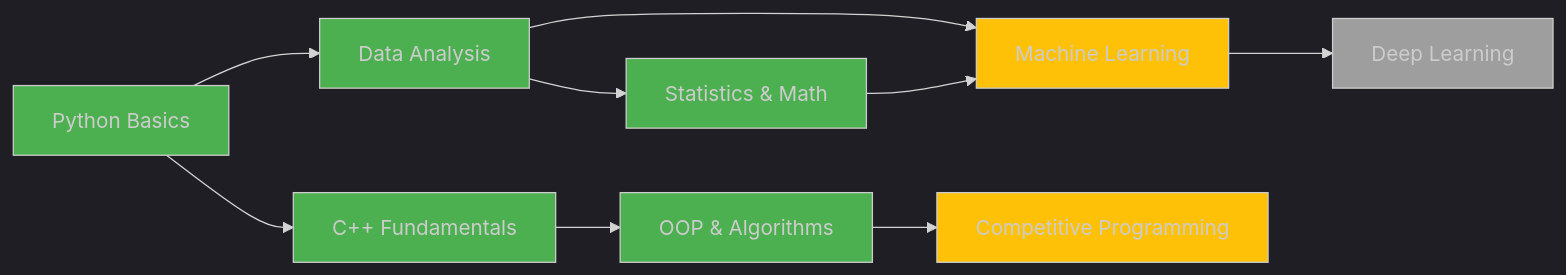
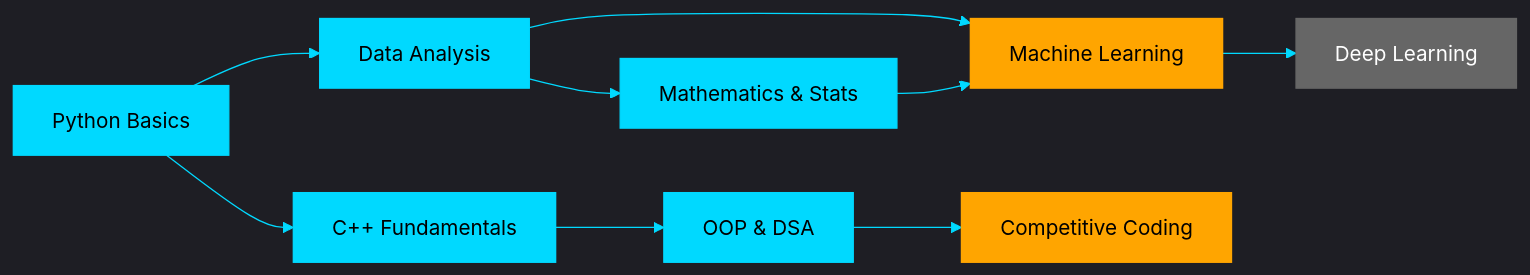
The diagram in README.md (kentarotaro/kentarotaro), drawn with Mermaid before and after one commit. The commit also changed other lines of this file, not shown here.

````diff
--- a/README.md
+++ b/README.md
@@ -255,23 +248,23 @@
 ```mermaid
-%%{init: {'theme':'dark'}}%%
+%%{init: {'theme':'dark','themeVariables': {'primaryColor':'#00D9FF','primaryTextColor':'#fff','primaryBorderColor':'#00D9FF','lineColor':'#00D9FF','secondaryColor':'#006100','tertiaryColor':'#fff'}}}%%
 graph LR
     A[Python Basics] --> B[Data Analysis]
     B --> C[Machine Learning]
     C --> D[Deep Learning]
     
     A --> E[C++ Fundamentals]
-    E --> F[OOP & Algorithms]
-    F --> G[Competitive Programming]
+    E --> F[OOP & DSA]
+    F --> G[Competitive Coding]
     
-    B --> H[Statistics & Math]
+    B --> H[Mathematics & Stats]
     H --> C
     
-    style A fill:#4CAF50
-    style B fill:#4CAF50
-    style C fill:#FFC107
-    style D fill:#9E9E9E
-    style E fill:#4CAF50
-    style F fill:#4CAF50
-    style G fill:#FFC107
-    style H fill:#4CAF50
+    style A fill:#00D9FF,stroke:#00D9FF,color:#000
+    style B fill:#00D9FF,stroke:#00D9FF,color:#000
+    style C fill:#FFA500,stroke:#FFA500,color:#000
+    style D fill:#666,stroke:#666,color:#fff
+    style E fill:#00D9FF,stroke:#00D9FF,color:#000
+    style F fill:#00D9FF,stroke:#00D9FF,color:#000
+    style G fill:#FFA500,stroke:#FFA500,color:#000
+    style H fill:#00D9FF,stroke:#00D9FF,color:#000
 ```
````
